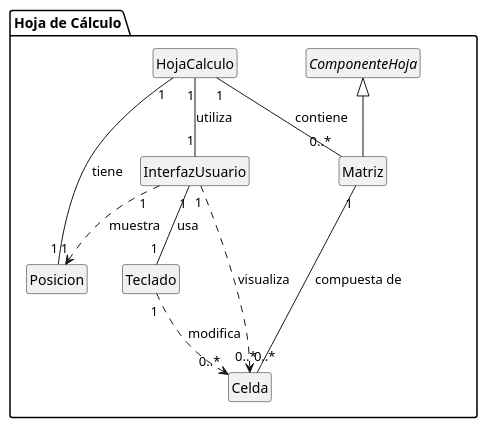
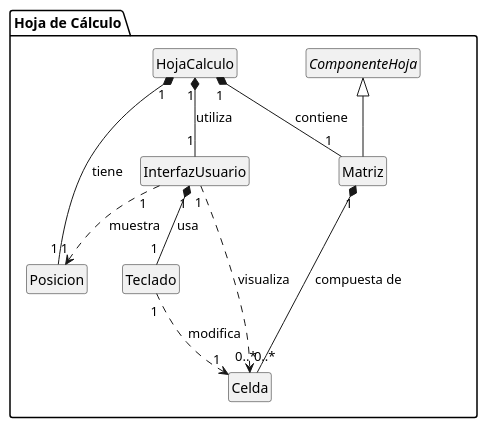
The diagram in modelosUML/DiagramaClases2.puml (oscarsantasanchez/24-25-IdSw2-SDD), drawn with PlantUML before and after one commit. The commit also changed 3 other files, not shown here.

Commit message:
update diagramas

```diff
--- a/modelosUML/DiagramaClases2.puml
+++ b/modelosUML/DiagramaClases2.puml
@@ -1,24 +1,24 @@
 @startuml
 hide circles
 hide empty members
 
 package "Hoja de Cálculo" {
     abstract class ComponenteHoja
     class Matriz
     class Celda
     class Posicion
     class InterfazUsuario
     class Teclado
     class HojaCalculo
 
     ComponenteHoja <|-- Matriz
-    HojaCalculo "1" -- "0..*" Matriz : contiene
-    HojaCalculo "1" -- "1" Posicion : tiene
-    HojaCalculo "1" -- "1" InterfazUsuario : utiliza
-    Matriz "1" -- "0..*" Celda : compuesta de
-    InterfazUsuario "1" -- "1" Teclado : usa
+    HojaCalculo "1" *-- "1" Matriz : contiene
+    HojaCalculo "1" *-- "1" Posicion : tiene
+    HojaCalculo "1" *-- "1" InterfazUsuario : utiliza
+    Matriz "1" *-- "0..*" Celda : compuesta de
+    InterfazUsuario "1" *-- "1" Teclado : usa
     InterfazUsuario "1" ..> "0..*" Celda : visualiza
     InterfazUsuario "1" ..> "1" Posicion : muestra
-    Teclado "1" ..> "0..*" Celda : modifica
+    Teclado "1" ..> "1" Celda : modifica
 }
 @enduml
```
